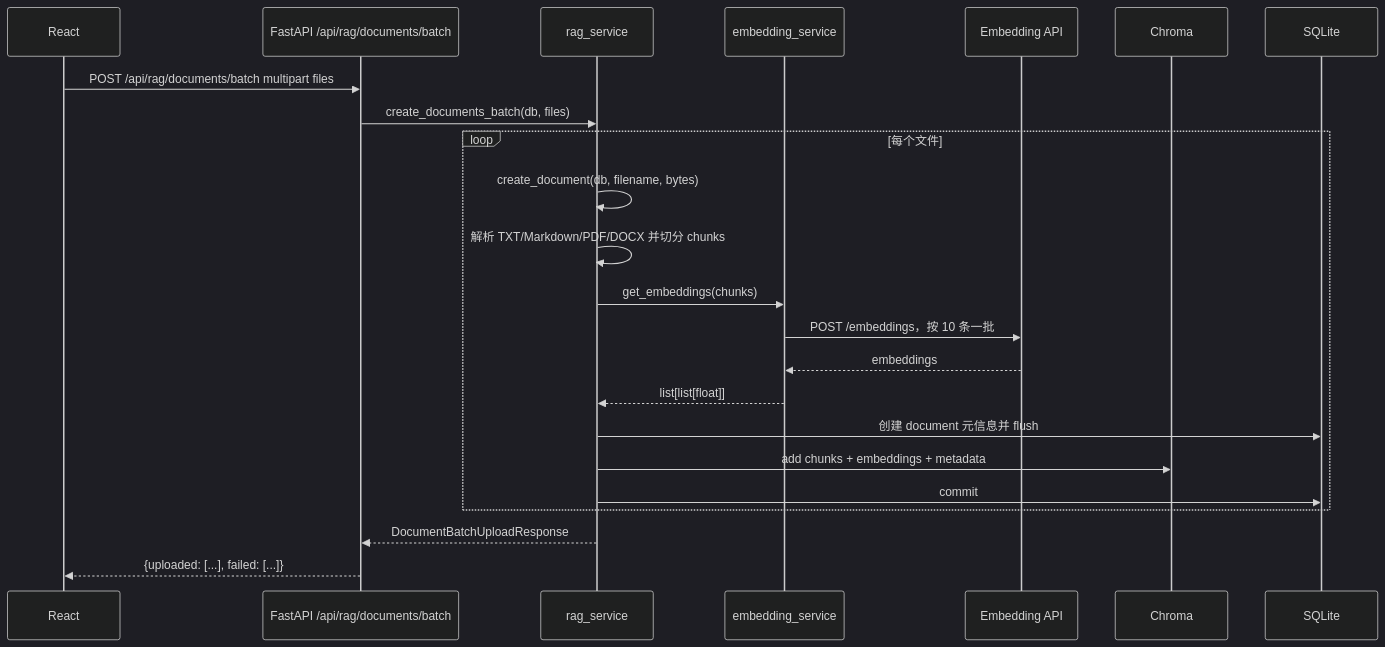
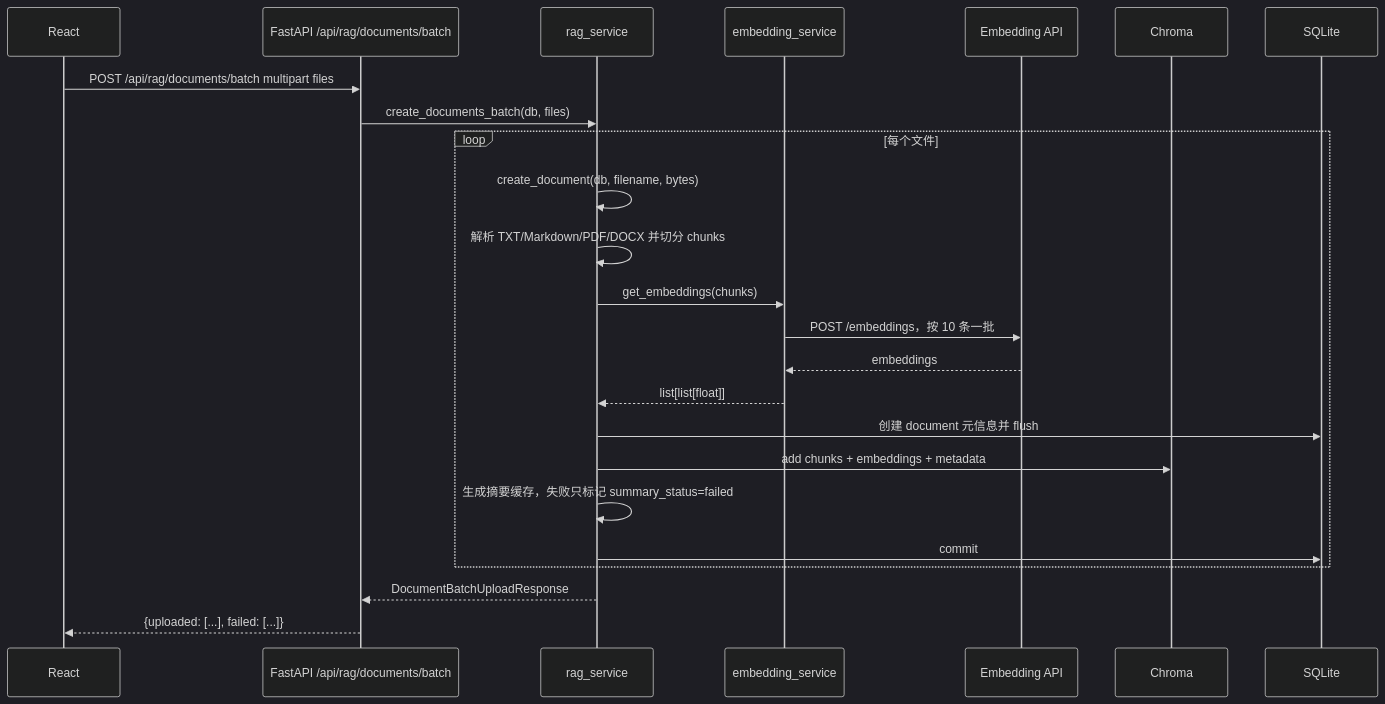
One commit to taoyuanjushi/ai-qa-assistant changed the third of 5 diagrams in docs/chat_flow.md. Above: the diagram before and after it, drawn with Mermaid (dark theme). The commit also changed other lines of this file and 59 other files, not shown here.

````diff
--- a/docs/chat_flow.md
+++ b/docs/chat_flow.md
@@ -278,26 +285,27 @@
 ```mermaid
 sequenceDiagram
     participant R as React
     participant A as FastAPI /api/rag/documents/batch
     participant G as rag_service
     participant E as embedding_service
     participant V as Embedding API
     participant C as Chroma
     participant D as SQLite
 
     R->>A: POST /api/rag/documents/batch multipart files
     A->>G: create_documents_batch(db, files)
     loop 每个文件
     G->>G: create_document(db, filename, bytes)
     G->>G: 解析 TXT/Markdown/PDF/DOCX 并切分 chunks
     G->>E: get_embeddings(chunks)
     E->>V: POST /embeddings，按 10 条一批
     V-->>E: embeddings
     E-->>G: list[list[float]]
     G->>D: 创建 document 元信息并 flush
     G->>C: add chunks + embeddings + metadata
+    G->>G: 生成摘要缓存，失败只标记 summary_status=failed
     G->>D: commit
     end
     G-->>A: DocumentBatchUploadResponse
     A-->>R: {uploaded: [...], failed: [...]}
 ```
````
